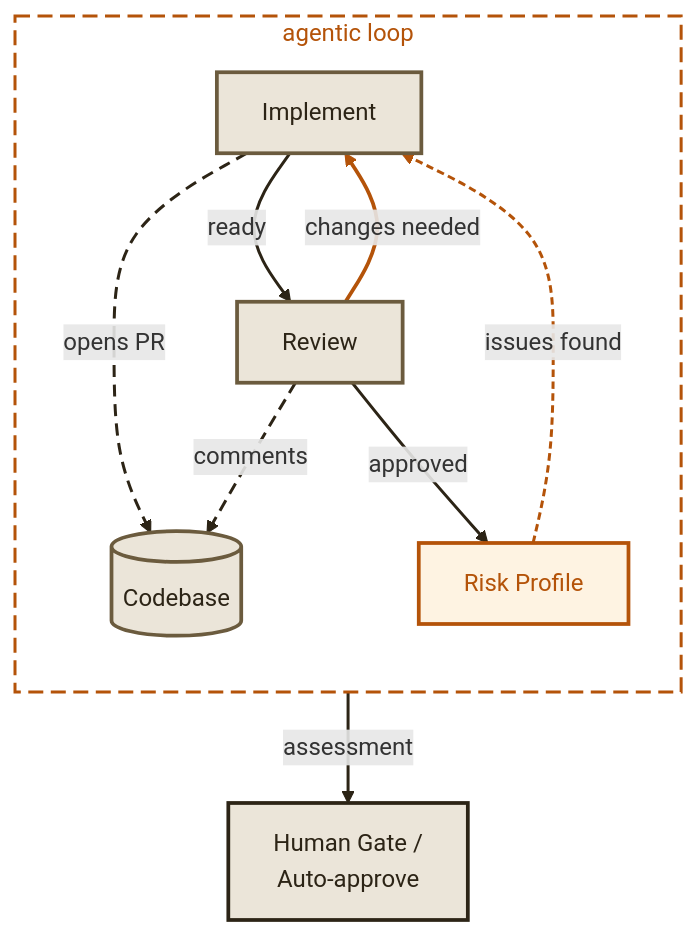
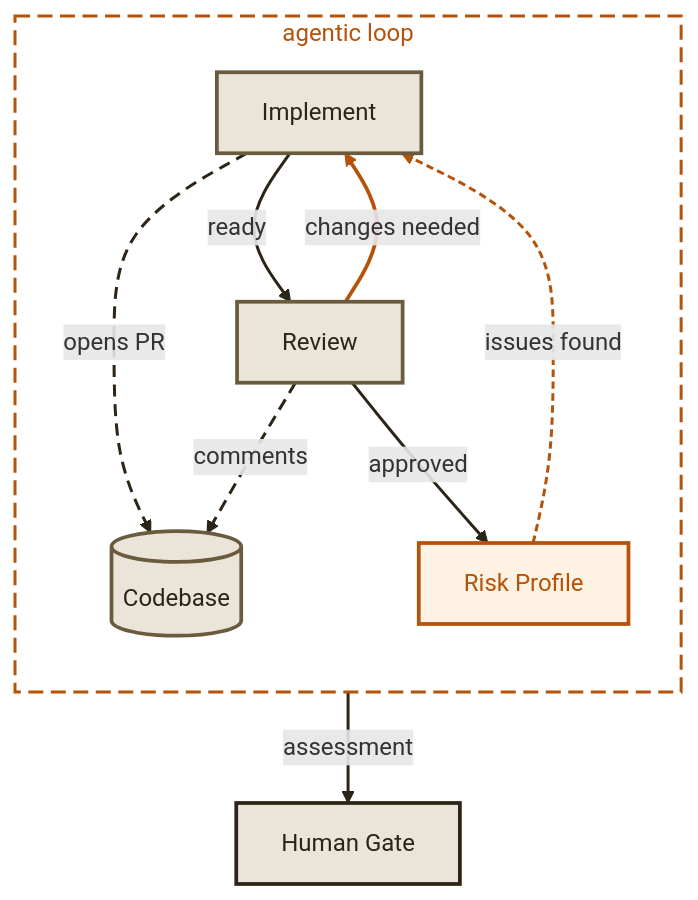
Before and after one commit to dunkinfrunkin/maestro: the third of 5 diagrams in docs/docs/concepts/index.mdx, drawn with Mermaid. The commit also changed other lines of this file and 1 other file, not shown here.

First line of the commit message:
fix: remove all line breaks from mermaid labels to prevent text clipping

````diff
--- a/docs/docs/concepts/index.mdx
+++ b/docs/docs/concepts/index.mdx
@@ -64,29 +64,29 @@
 ```mermaid
 graph TB
   subgraph LOOP ["agentic loop"]
     direction TB
     IA["Implement"] -- "opens PR" --> CB[("Codebase")]
     IA -- "ready" --> RA["Review"]
     RA -- "changes needed" --> IA
     RA -. "comments" .-> CB
     RA -- "approved" --> RP["Risk Profile"]
     RP -. "issues found" .-> IA
   end
 
-  RP -- "assessment" --> OUT["Human Gate /<br/>Auto-approve"]
+  RP -- "assessment" --> OUT["Human Gate"]
 
   style LOOP fill:none,stroke:#b45309,stroke-width:2px,stroke-dasharray:10 5,color:#b45309
   style IA fill:#ebe5d9,stroke:#6b5b3e,stroke-width:2.5px,color:#2c2416
   style CB fill:#ebe5d9,stroke:#6b5b3e,stroke-width:2.5px,color:#2c2416
   style RA fill:#ebe5d9,stroke:#6b5b3e,stroke-width:2.5px,color:#2c2416
   style RP fill:#fef3e2,stroke:#b45309,stroke-width:2.5px,color:#b45309
   style OUT fill:#ebe5d9,stroke:#2c2416,stroke-width:2.5px,color:#2c2416
 
   linkStyle 0 stroke:#2c2416,stroke-width:2px,stroke-dasharray:8 5
   linkStyle 1 stroke:#2c2416,stroke-width:2px
   linkStyle 2 stroke:#b45309,stroke-width:2.5px
   linkStyle 3 stroke:#2c2416,stroke-width:2px,stroke-dasharray:8 5
   linkStyle 4 stroke:#2c2416,stroke-width:2px
   linkStyle 5 stroke:#b45309,stroke-width:2px,stroke-dasharray:5 3
   linkStyle 6 stroke:#2c2416,stroke-width:2px
 ```
````
